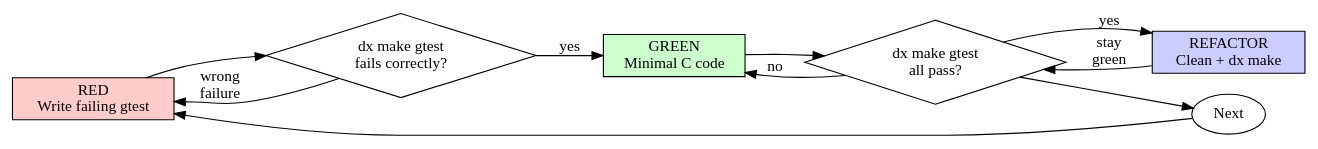
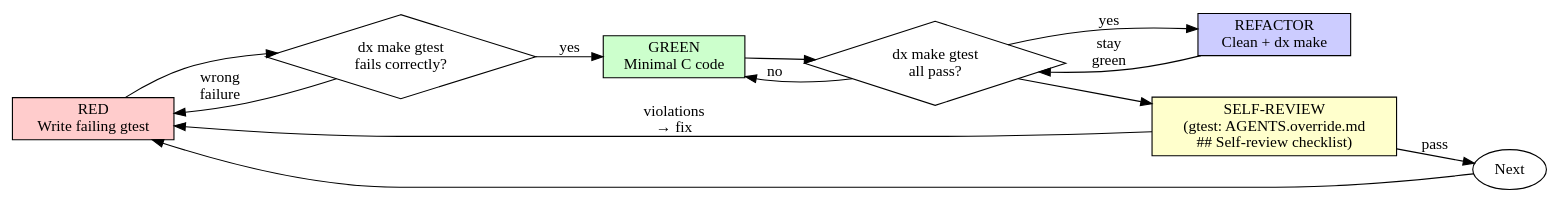
The diagram in skills/test-driven-development-aim/SKILL.md (kmj5228/aim-harness), drawn with Graphviz before and after one commit. The commit also changed other lines of this file and 10 other files, not shown here.

````diff
--- a/skills/test-driven-development-aim/SKILL.md
+++ b/skills/test-driven-development-aim/SKILL.md
@@ -49,21 +57,24 @@
 ```dot
 digraph tdd_cycle {
     rankdir=LR;
     red [label="RED\nWrite failing gtest", shape=box, style=filled, fillcolor="#ffcccc"];
     verify_red [label="dx make gtest\nfails correctly?", shape=diamond];
     green [label="GREEN\nMinimal C code", shape=box, style=filled, fillcolor="#ccffcc"];
     verify_green [label="dx make gtest\nall pass?", shape=diamond];
     refactor [label="REFACTOR\nClean + dx make", shape=box, style=filled, fillcolor="#ccccff"];
     next [label="Next", shape=ellipse];
 
     red -> verify_red;
     verify_red -> green [label="yes"];
     verify_red -> red [label="wrong\nfailure"];
     green -> verify_green;
     verify_green -> refactor [label="yes"];
     verify_green -> green [label="no"];
+    self_review [label="SELF-REVIEW\n(gtest: AGENTS.override.md\n## Self-review checklist)", shape=box, style=filled, fillcolor="#ffffcc"];
     refactor -> verify_green [label="stay\ngreen"];
-    verify_green -> next;
+    verify_green -> self_review;
+    self_review -> next [label="pass"];
+    self_review -> red [label="violations\n→ fix"];
     next -> red;
 }
 ```
````
